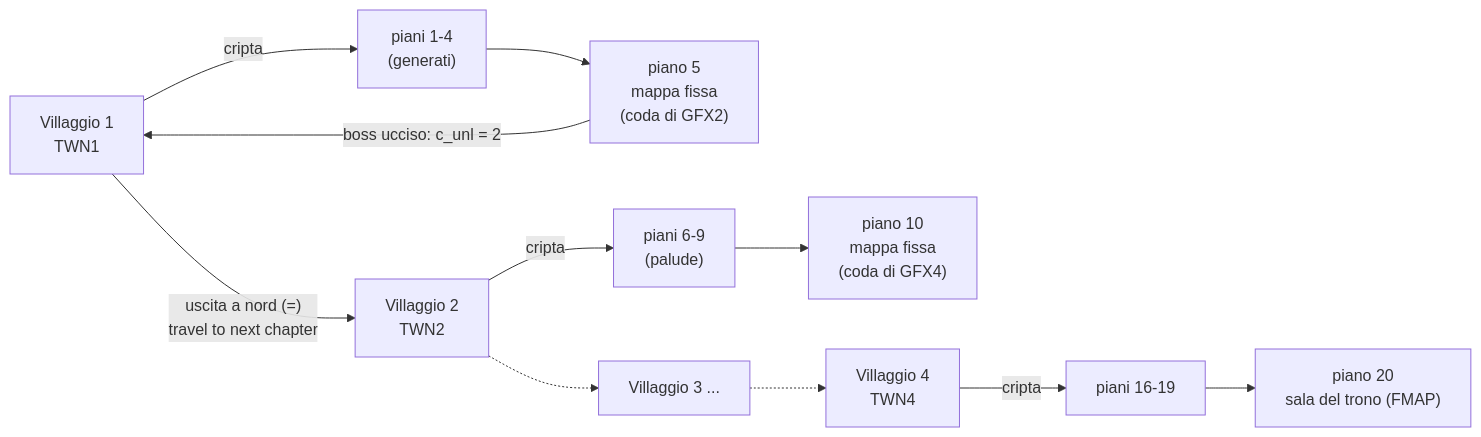
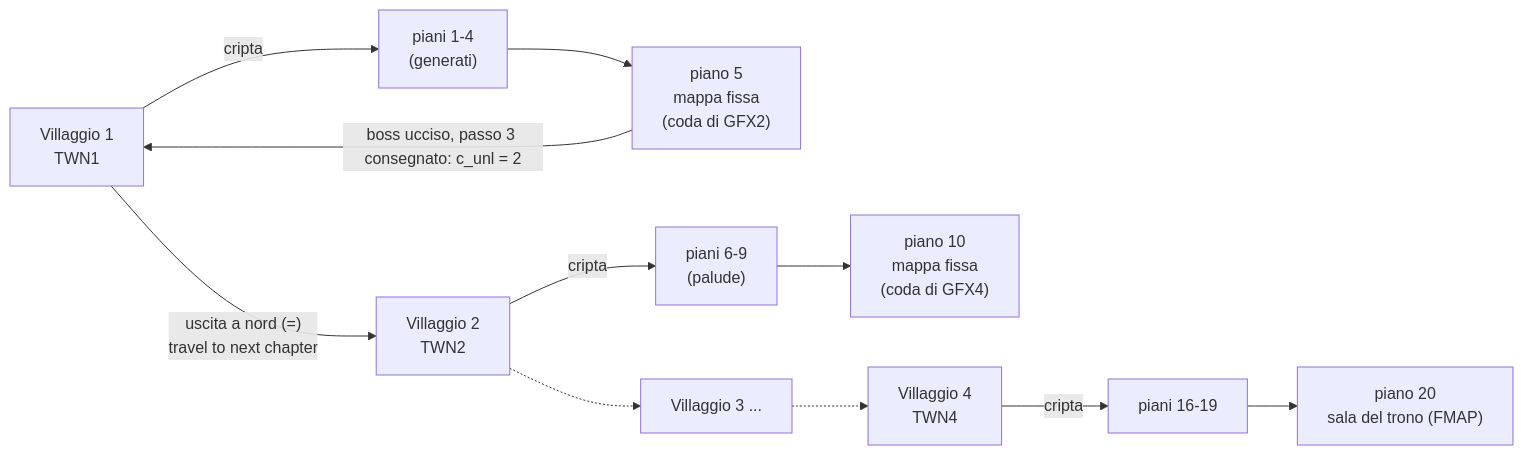
The first of 2 diagrams in docs/wiki/capitoli.md (caporalesimone/barbarian-the-blood-path), drawn with Mermaid before and after one commit. The commit also changed other lines of this file and 32 other files, not shown here.

````diff
--- a/docs/wiki/capitoli.md
+++ b/docs/wiki/capitoli.md
@@ -17,9 +17,9 @@
 ```mermaid
 flowchart LR
     V1["Villaggio 1<br/>TWN1"] -->|cripta| L1["piani 1-4<br/>(generati)"] --> B1["piano 5<br/>mappa fissa<br/>(coda di GFX2)"]
-    B1 -->|boss ucciso: c_unl = 2| V1
+    B1 -->|boss ucciso, passo 3 consegnato: c_unl = 2| V1
     V1 -->|"uscita a nord (=)<br/>travel to next chapter"| V2["Villaggio 2<br/>TWN2"]
     V2 -->|cripta| L2["piani 6-9<br/>(palude)"] --> B2["piano 10<br/>mappa fissa<br/>(coda di GFX4)"]
     V2 -.-> V3["Villaggio 3 ..."] -.-> V4["Villaggio 4<br/>TWN4"]
     V4 -->|cripta| L4["piani 16-19"] --> F["piano 20<br/>sala del trono (FMAP)"]
 ```
````
